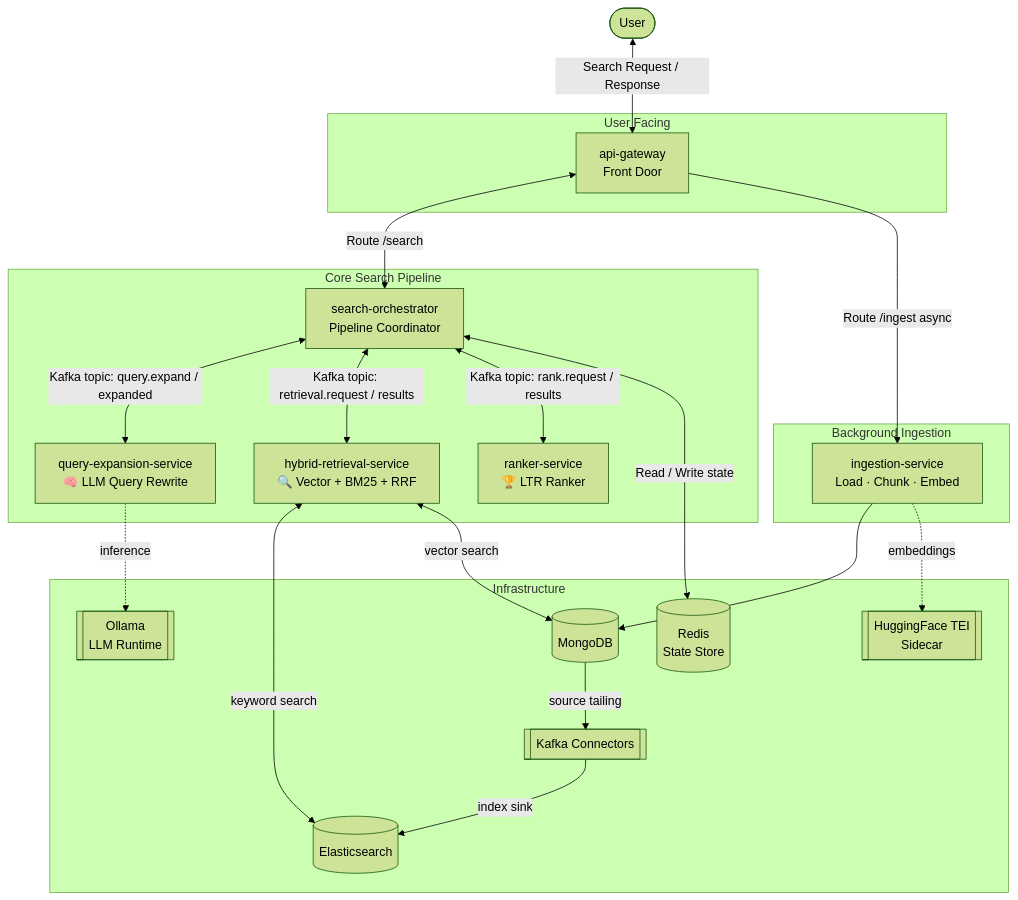
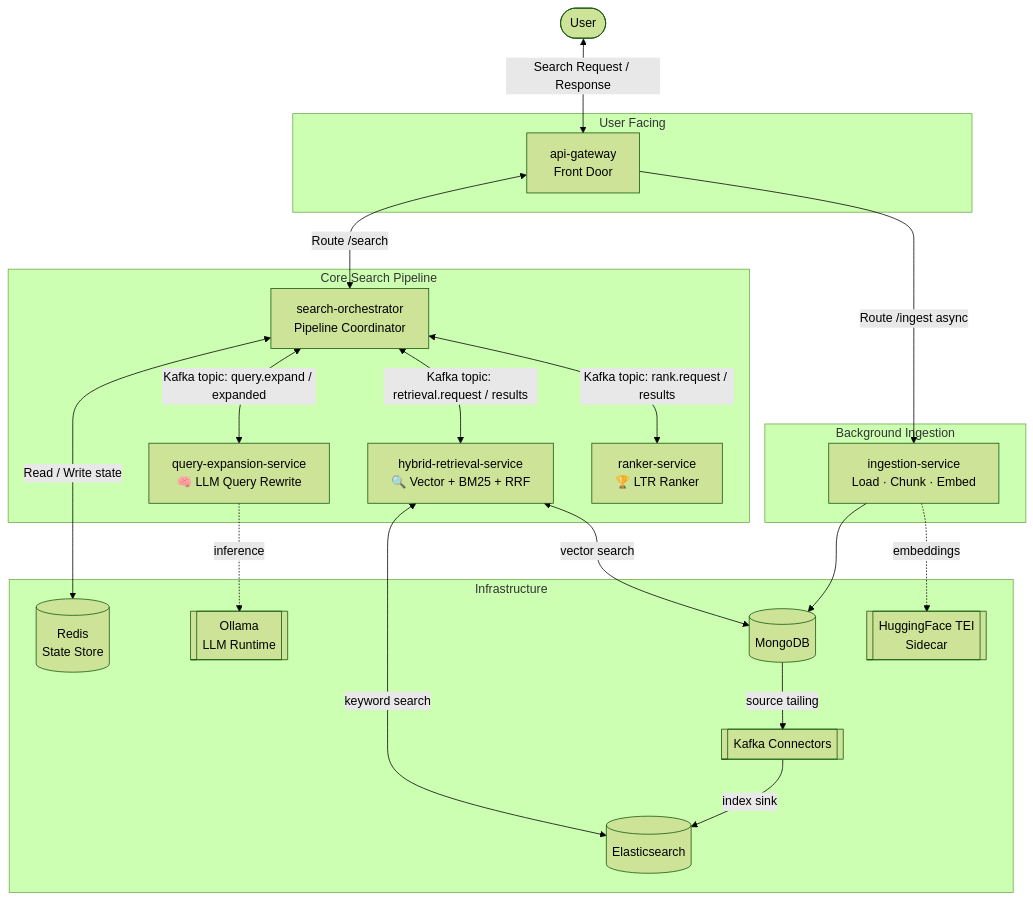
One commit to Peqchji/spring-ai-search-engine changed the first of 2 diagrams in README.md. Above: the diagram before and after it, drawn with Mermaid (forest theme). The commit also changed other lines of this file, not shown here.

Commit message:
docs: Relocate the ORCH-REDIS state relationship within the architecture diagram.

````diff
--- a/README.md
+++ b/README.md
@@ -25,48 +25,48 @@
 ```mermaid
 flowchart TD
     U([User])
 
     subgraph User Facing
         GW[api-gateway<br>Front Door]
     end
     
     subgraph Core Search Pipeline
         ORCH[search-orchestrator<br>Pipeline Coordinator]
         QE[query-expansion-service<br>🧠 LLM Query Rewrite]
         HR[hybrid-retrieval-service<br>🔍 Vector + BM25 + RRF]
         RANK[ranker-service<br>🏆 LTR Ranker]
     end
 
     subgraph Background Ingestion
         IS[ingestion-service<br>Load · Chunk · Embed]
     end
 
     subgraph Infrastructure
         MDB[(MongoDB)]
         ES[(Elasticsearch)]
         OL[[Ollama<br>LLM Runtime]]
         TEI[[HuggingFace TEI<br>Sidecar]]
         K[[Kafka Connectors]]
         REDIS[(Redis<br>State Store)]
     end
+    ORCH <-->|Read / Write state| REDIS
 
     U <-->|Search Request / Response| GW
 
     GW <-->|Route /search| ORCH
     GW -->|Route /ingest async| IS
 
     ORCH <-->|Kafka topic: query.expand / expanded| QE
     QE -.->|inference| OL
     
     ORCH <-->|Kafka topic: retrieval.request / results| HR
     HR <-->|keyword search| ES
     HR <-->|vector search| MDB
     
     ORCH <-->|Kafka topic: rank.request / results| RANK
-    ORCH <-->|Read / Write state| REDIS
 
     IS --> MDB
     IS -.->|embeddings| TEI
     MDB -->|source tailing| K
     K -->|index sink| ES
 ```
````
